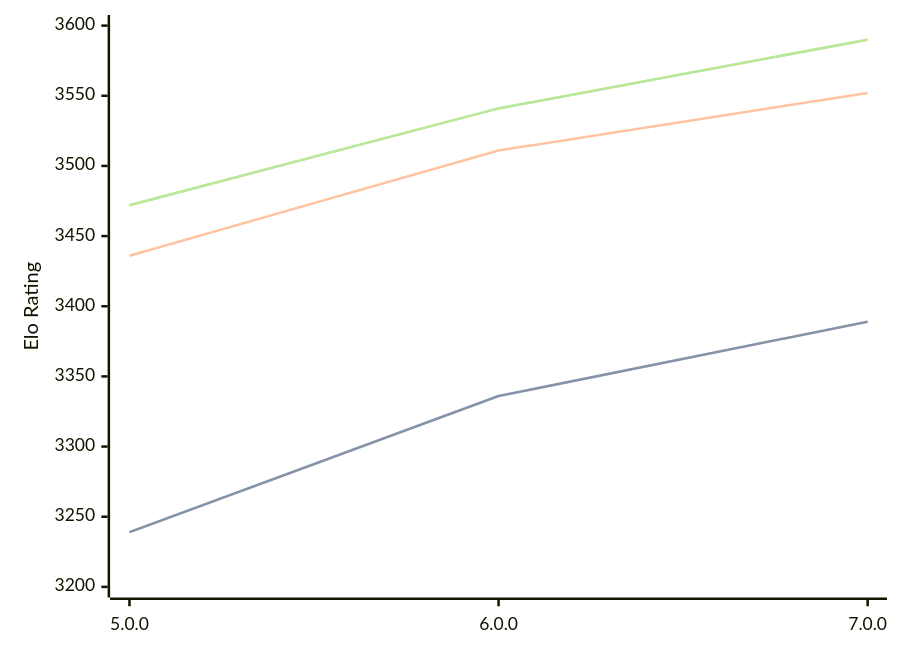
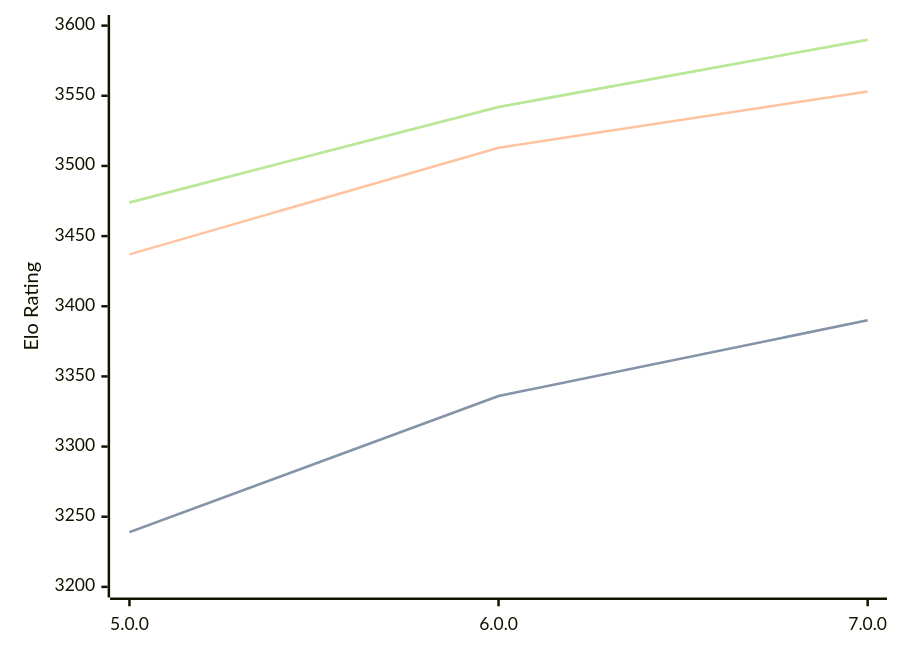
Before and after one commit to computer-chess-index/cci: the diagram in engines/Stormphrax.md, drawn with Mermaid. The commit also changed other lines of this file, not shown here.

Commit message:
Update CCI Ratings (ELO VLTC) - 2026-04-22

````diff
--- a/engines/Stormphrax.md
+++ b/engines/Stormphrax.md
@@ -38,11 +38,11 @@
 ```mermaid
 %%{init: {"theme":"base","themeVariables":{"seriesColors:['#a3a3a3','#222221','#faa371']}}}%%
 xychart-beta
   x-axis ["5.0.0", "6.0.0", "7.0.0"]
   y-axis "Elo Rating" 3200 --> 3600
-  line "STC (8.0+0.08s)" [3239, 3336, 3389]
-  line "STC (8.0+0.08s)" [3239, 3336, 3389]
-  line "LTC (60.0+0.60s)" [3436, 3511, 3552]
-  line "VLTC (2m24s+1.12s)" [3472, 3541, 3590]
-  line "VLTC (2m24s+1.12s)" [3472, 3541, 3590]
+  line "STC (8.0+0.08s)" [3239, 3336, 3390]
+  line "STC (8.0+0.08s)" [3239, 3336, 3390]
+  line "LTC (60.0+0.60s)" [3437, 3513, 3553]
+  line "VLTC (2m24s+1.12s)" [3474, 3542, 3590]
+  line "VLTC (2m24s+1.12s)" [3474, 3542, 3590]
 ```
````
